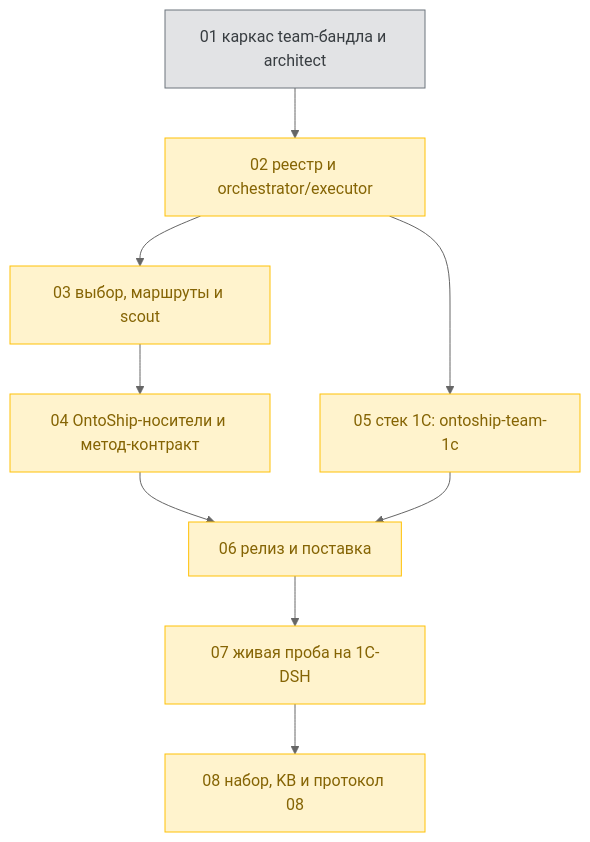
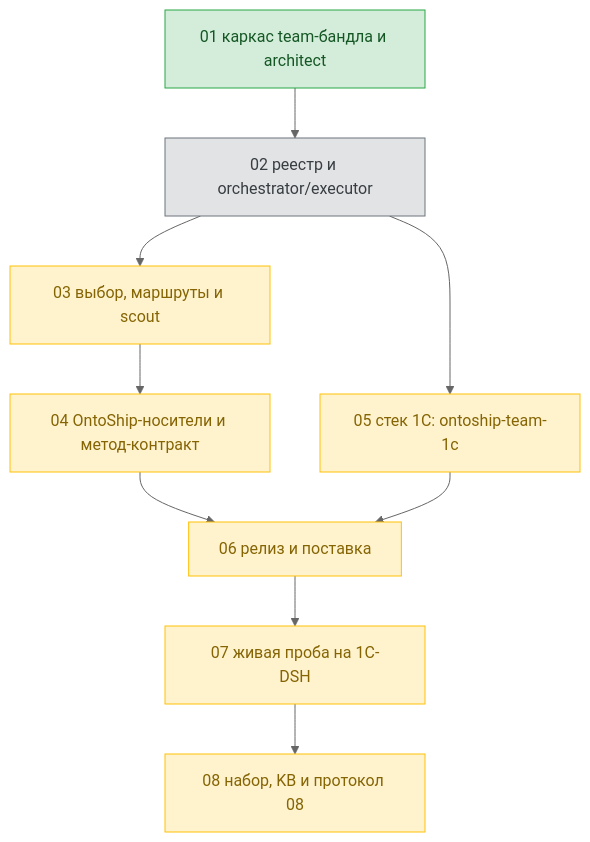
One commit to ntin60775/ontoship-ntin changed the diagram in tickets/team-profiles/dag.md. Above: the diagram before and after it, drawn with Mermaid (neutral theme). The commit also changed other lines of this file and 4 other files, not shown here.

````diff
--- a/tickets/team-profiles/dag.md
+++ b/tickets/team-profiles/dag.md
@@ -11,28 +11,29 @@
 ```mermaid
 flowchart TD
   T01["01 каркас team-бандла и architect"]
   T02["02 реестр и orchestrator/executor"]
   T03["03 выбор, маршруты и scout"]
   T04["04 OntoShip-носители и метод-контракт"]
   T05["05 стек 1C: ontoship-team-1c"]
   T06["06 релиз и поставка"]
   T07["07 живая проба на 1C-DSH"]
   T08["08 набор, KB и протокол 08"]
 
   T01 --> T02
   T02 --> T03
   T02 --> T05
   T03 --> T04
   T04 --> T06
   T05 --> T06
   T06 --> T07
   T07 --> T08
 
   classDef done fill:#d4edda,stroke:#28a745,color:#155724;
   classDef running fill:#cce5ff,stroke:#007bff,color:#004085;
   classDef pending fill:#e2e3e5,stroke:#6c757d,color:#383d41;
   classDef waiting fill:#fff3cd,stroke:#ffc107,color:#856404;
 
-  class T01 pending;
-  class T02,T03,T04,T05,T06,T07,T08 waiting;
+  class T01 done;
+  class T02 pending;
+  class T03,T04,T05,T06,T07,T08 waiting;
 ```
````
